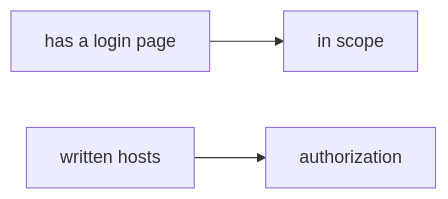
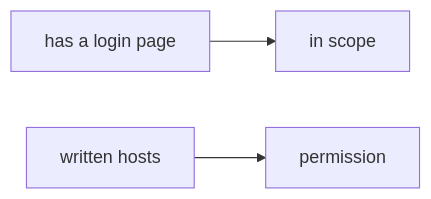
The diagram in content/modules/0/0.1/lessons/07-transfer.md (ishitvagoel/LearnSecurity), drawn with Mermaid before and after one commit. The commit also changed other lines of this file and 14 other files, not shown here.

````diff
--- a/content/modules/0/0.1/lessons/07-transfer.md
+++ b/content/modules/0/0.1/lessons/07-transfer.md
@@ -26,5 +26,5 @@
 ```mermaid
 flowchart LR
   Login[has a login page] --> Belief[in scope]
-  Write[written hosts] --> Reality[authorization]
+  Write[written hosts] --> Reality[permission]
 ```
````
